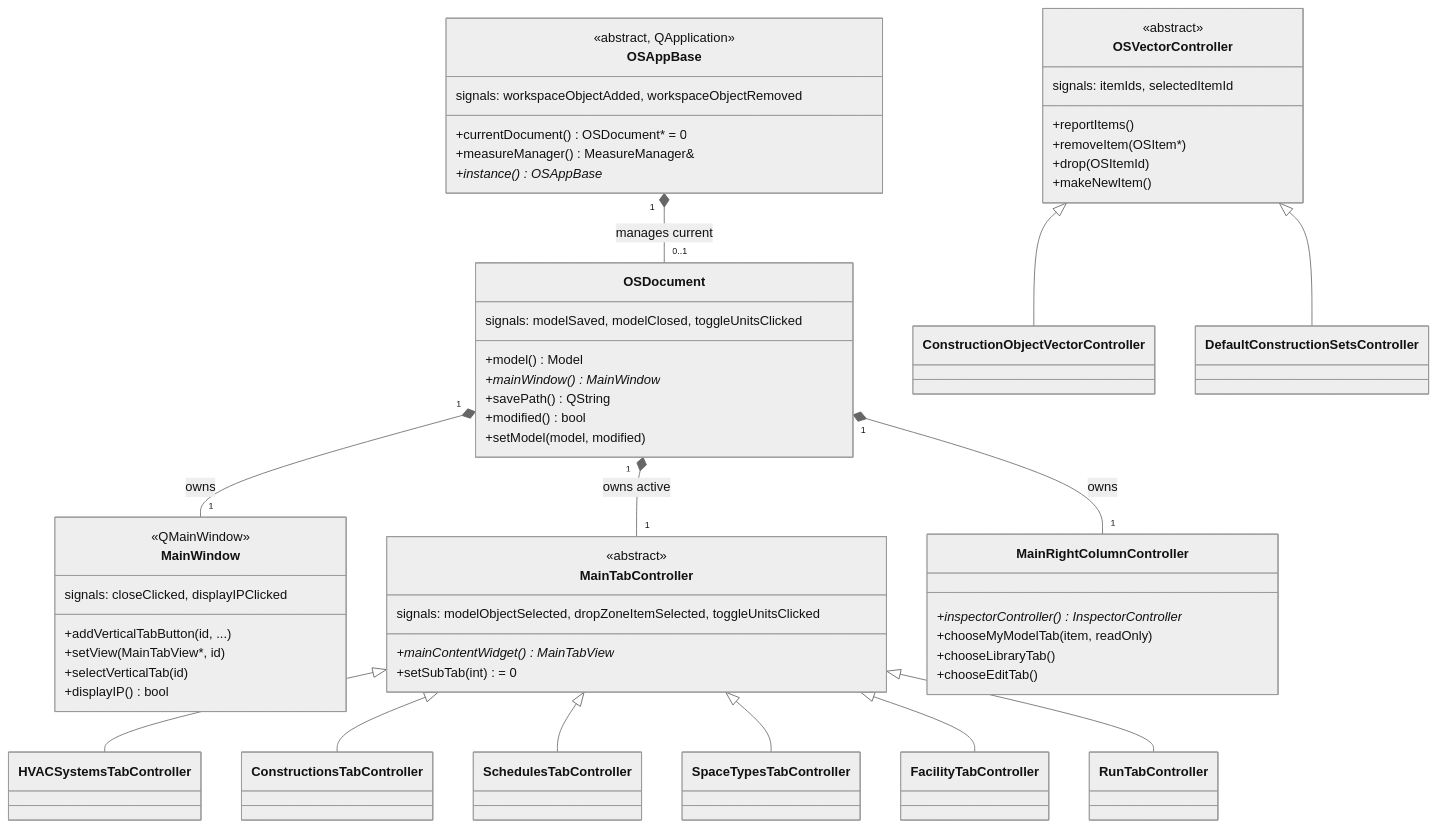
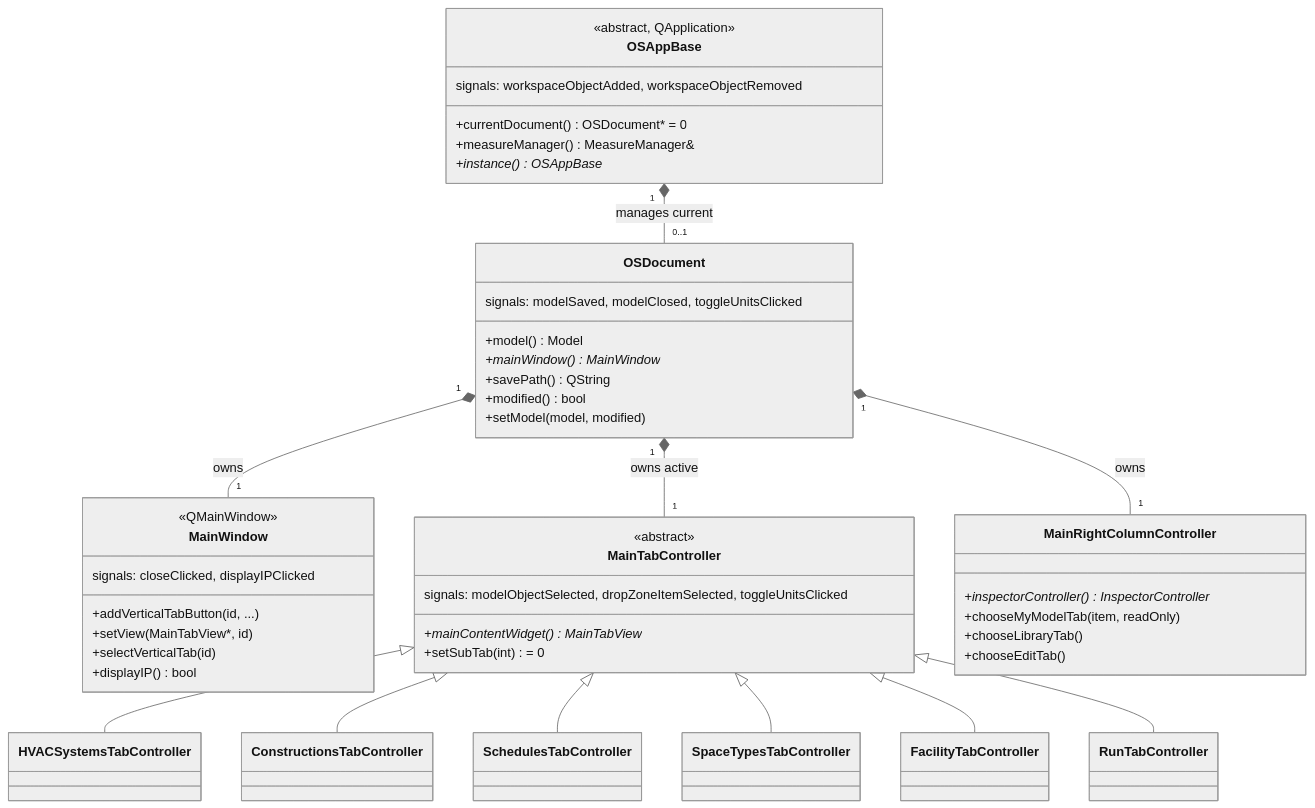
One commit to openstudiocoalition/OpenStudioApplication changed the diagram in developer/doc/libraries/openstudio_lib.md. Above: the diagram before and after it, drawn with Mermaid (neutral theme). The commit also changed other lines of this file and 20 other files, not shown here.

````diff
--- a/developer/doc/libraries/openstudio_lib.md
+++ b/developer/doc/libraries/openstudio_lib.md
@@ -17,59 +17,48 @@
 ```mermaid
 classDiagram
   class OSAppBase {
     <<abstract, QApplication>>
     +currentDocument() OSDocument* = 0
     +measureManager() MeasureManager&
     +instance() OSAppBase*
     signals: workspaceObjectAdded, workspaceObjectRemoved
   }
   class OSDocument {
     +model() Model
     +mainWindow() MainWindow*
     +savePath() QString
     +modified() bool
     +setModel(model, modified)
     signals: modelSaved, modelClosed, toggleUnitsClicked
   }
   class MainWindow {
     <<QMainWindow>>
     +addVerticalTabButton(id, ...)
     +setView(MainTabView*, id)
     +selectVerticalTab(id)
     +displayIP() bool
     signals: closeClicked, displayIPClicked
   }
   class MainTabController {
     <<abstract>>
     +mainContentWidget() MainTabView*
     +setSubTab(int) = 0
     signals: modelObjectSelected, dropZoneItemSelected, toggleUnitsClicked
   }
   class MainRightColumnController {
     +inspectorController() InspectorController*
     +chooseMyModelTab(item, readOnly)
     +chooseLibraryTab()
     +chooseEditTab()
   }
-  class OSVectorController {
-    <<abstract>>
-    +reportItems()
-    +removeItem(OSItem*)
-    +drop(OSItemId)
-    +makeNewItem()
-    signals: itemIds, selectedItemId
-  }
-
   OSAppBase "1" *-- "0..1" OSDocument : manages current
   OSDocument "1" *-- "1" MainWindow : owns
   OSDocument "1" *-- "1" MainTabController : owns active
   OSDocument "1" *-- "1" MainRightColumnController : owns
   MainTabController <|-- HVACSystemsTabController
   MainTabController <|-- ConstructionsTabController
   MainTabController <|-- SchedulesTabController
   MainTabController <|-- SpaceTypesTabController
   MainTabController <|-- FacilityTabController
   MainTabController <|-- RunTabController
-  OSVectorController <|-- ConstructionObjectVectorController
-  OSVectorController <|-- DefaultConstructionSetsController
 ```
````
